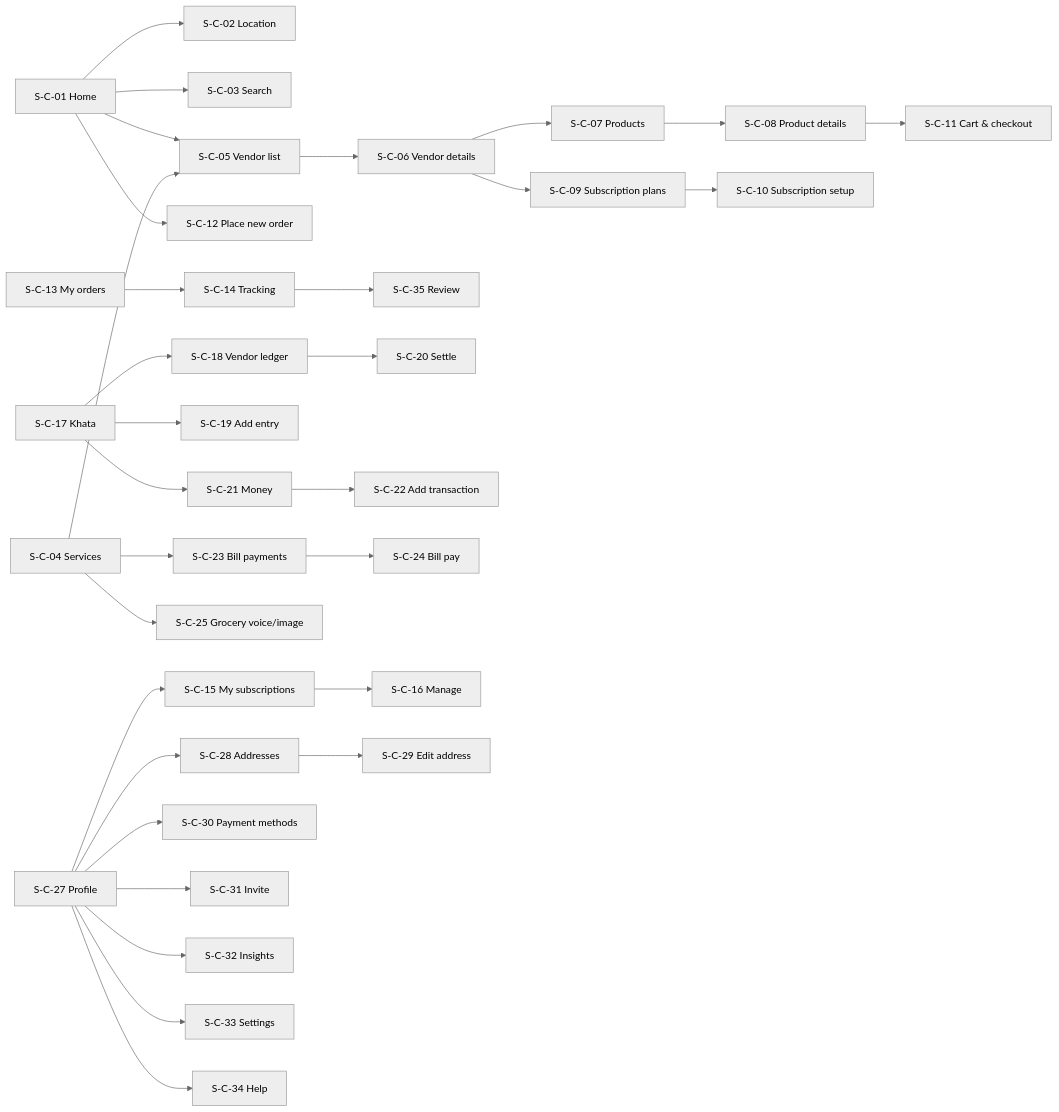
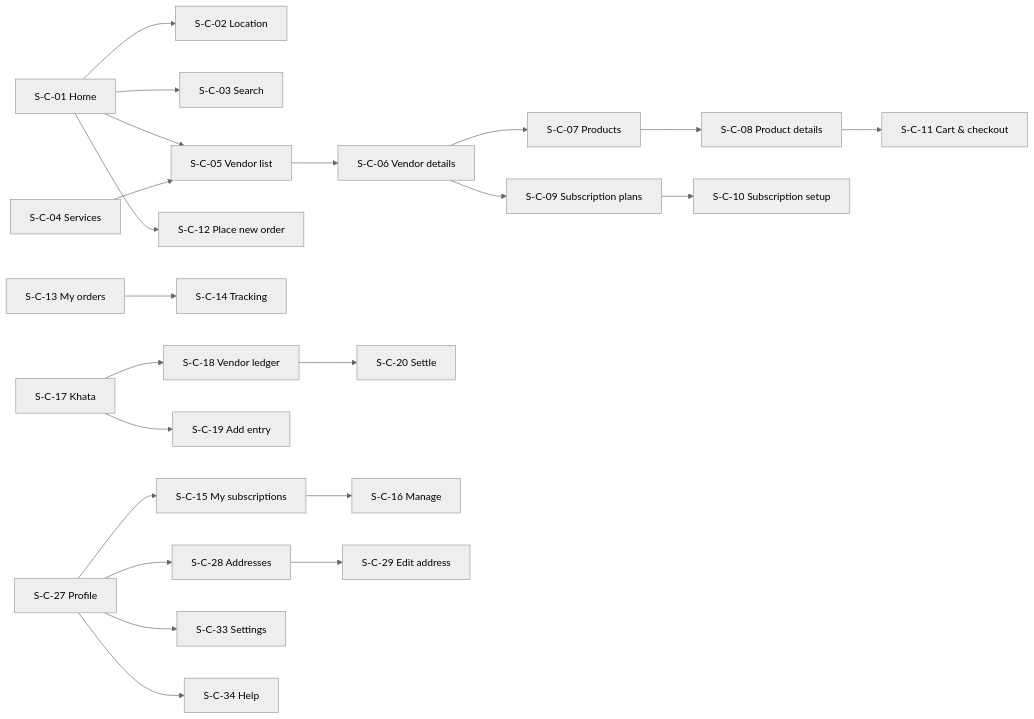
One commit to Priyankaagrawal/supplybiz changed the third of 7 diagrams in docs/03-ux/USER_FLOWS.md. Above: the diagram before and after it, drawn with Mermaid (neutral theme). The commit also changed other lines of this file and 39 other files, not shown here.

````diff
--- a/docs/03-ux/USER_FLOWS.md
+++ b/docs/03-ux/USER_FLOWS.md
@@ -68,24 +68,18 @@
 ```mermaid
 flowchart LR
     Home[S-C-01 Home] --> LOC[S-C-02 Location]
     Home --> SR[S-C-03 Search]
     Home --> VL[S-C-05 Vendor list] --> VD[S-C-06 Vendor details]
     VD --> PLs[S-C-07 Products] --> PD[S-C-08 Product details]
     VD --> SP[S-C-09 Subscription plans] --> SC[S-C-10 Subscription setup]
     PD --> CART[S-C-11 Cart & checkout]
     Home --> NO[S-C-12 Place new order]
-    Orders[S-C-13 My orders] --> TR[S-C-14 Tracking] --> RV[S-C-35 Review]
+    Orders[S-C-13 My orders] --> TR[S-C-14 Tracking]
     Khata[S-C-17 Khata] --> VLD[S-C-18 Vendor ledger] --> SET[S-C-20 Settle]
     Khata --> KE[S-C-19 Add entry]
-    Khata --> MON[S-C-21 Money] --> MT[S-C-22 Add transaction]
     Services[S-C-04 Services] --> VL
-    Services --> BILL[S-C-23 Bill payments] --> BF[S-C-24 Bill pay]
-    Services --> GR[S-C-25 Grocery voice/image]
     Profile[S-C-27 Profile] --> MS[S-C-15 My subscriptions] --> MSD[S-C-16 Manage]
     Profile --> ADR[S-C-28 Addresses] --> ADE[S-C-29 Edit address]
-    Profile --> PM[S-C-30 Payment methods]
-    Profile --> INV[S-C-31 Invite]
-    Profile --> INS[S-C-32 Insights]
     Profile --> APS[S-C-33 Settings]
     Profile --> HLP[S-C-34 Help]
 ```
````
